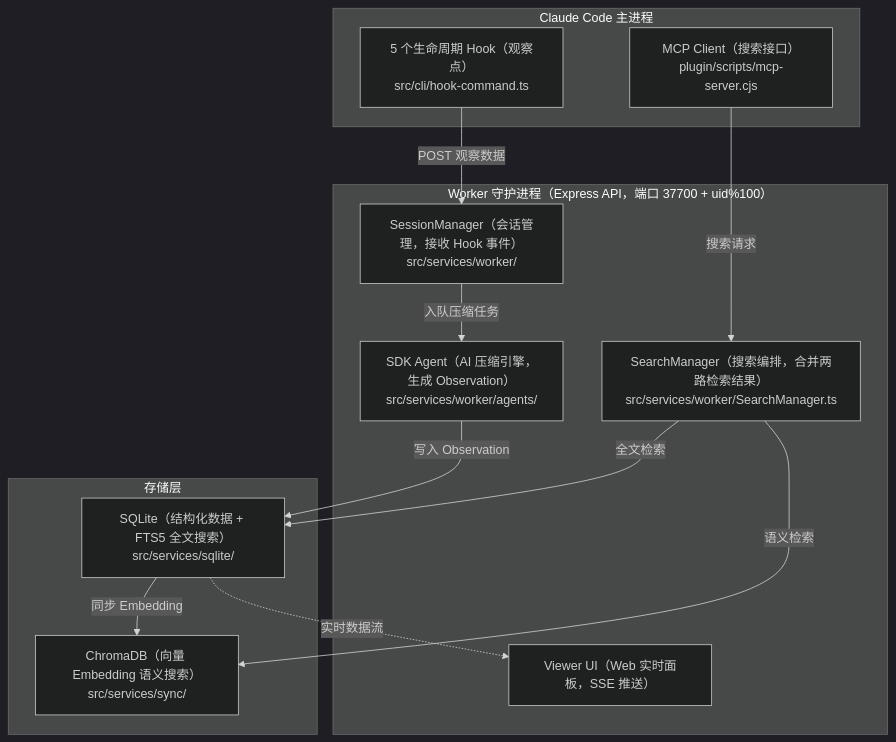
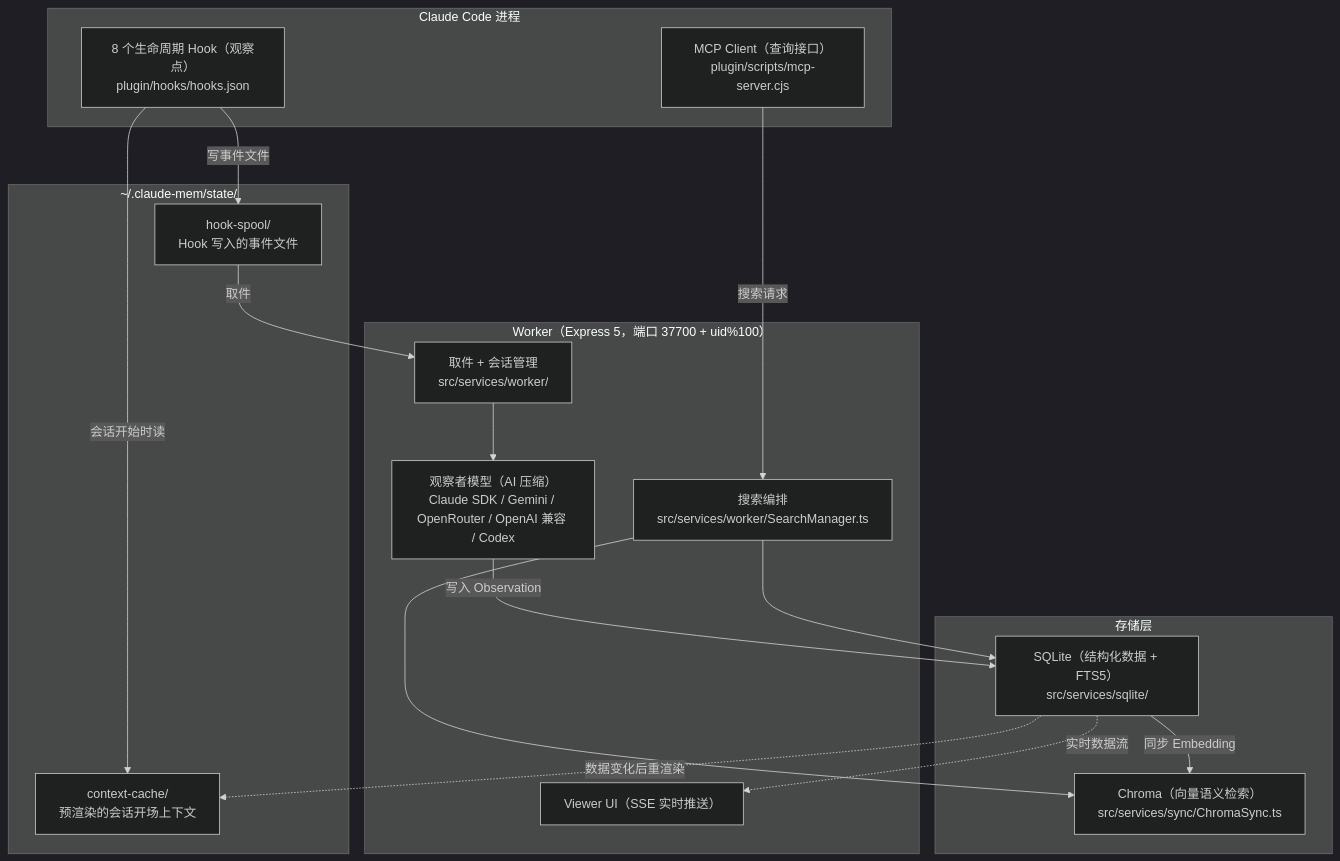
One commit to diguike/book-claude-mem changed the diagram in 01-cognition/ch02-claude-mem-intro/README.md. Above: the diagram before and after it, drawn with Mermaid (dark theme). The commit also changed other lines of this file and 155 other files, not shown here.

First line of the commit message:
docs: second edition for claude-mem v13.35.0

````diff
--- a/01-cognition/ch02-claude-mem-intro/README.md
+++ b/01-cognition/ch02-claude-mem-intro/README.md
@@ -15,25 +19,32 @@
 ```mermaid
 graph TB
-    subgraph CC["Claude Code 主进程"]
-        HK["5 个生命周期 Hook（观察点）<br/>src/cli/hook-command.ts"]
-        MC["MCP Client（搜索接口）<br/>plugin/scripts/mcp-server.cjs"]
+    subgraph CC["Claude Code 进程"]
+        HK["8 个生命周期 Hook（观察点）<br/>plugin/hooks/hooks.json"]
+        MC["MCP Client（查询接口）<br/>plugin/scripts/mcp-server.cjs"]
     end
-    subgraph WK["Worker 守护进程（Express API，端口 37700 + uid%100）"]
-        SM["SessionManager（会话管理，接收 Hook 事件）<br/>src/services/worker/"]
-        AG["SDK Agent（AI 压缩引擎，生成 Observation）<br/>src/services/worker/agents/"]
-        SE["SearchManager（搜索编排，合并两路检索结果）<br/>src/services/worker/SearchManager.ts"]
-        VU["Viewer UI（Web 实时面板，SSE 推送）"]
+    subgraph FS["~/.claude-mem/state/"]
+        SP["hook-spool/<br/>Hook 写入的事件文件"]
+        CX["context-cache/<br/>预渲染的会话开场上下文"]
+    end
+    subgraph WK["Worker（Express 5，端口 37700 + uid%100）"]
+        SM["取件 + 会话管理<br/>src/services/worker/"]
+        AG["观察者模型（AI 压缩）<br/>Claude SDK / Gemini / OpenRouter / OpenAI 兼容 / Codex"]
+        SE["搜索编排<br/>src/services/worker/SearchManager.ts"]
+        VU["Viewer UI（SSE 实时推送）"]
     end
     subgraph ST["存储层"]
-        SQ["SQLite（结构化数据 + FTS5 全文搜索）<br/>src/services/sqlite/"]
-        CH["ChromaDB（向量 Embedding 语义搜索）<br/>src/services/sync/"]
+        SQ["SQLite（结构化数据 + FTS5）<br/>src/services/sqlite/"]
+        CH["Chroma（向量语义检索）<br/>src/services/sync/ChromaSync.ts"]
     end
-    HK -->|"POST 观察数据"| SM
-    MC -->|"搜索请求"| SE
-    SM -->|"入队压缩任务"| AG
+    HK -->|"写事件文件"| SP
+    HK -->|"会话开始时读"| CX
+    SP -->|"取件"| SM
+    SM --> AG
     AG -->|"写入 Observation"| SQ
     SQ -->|"同步 Embedding"| CH
-    SE -->|"全文检索"| SQ
-    SE -->|"语义检索"| CH
+    SQ -.->|"数据变化后重渲染"| CX
+    MC -->|"搜索请求"| SE
+    SE --> SQ
+    SE --> CH
     SQ -.->|"实时数据流"| VU
 ```
````
